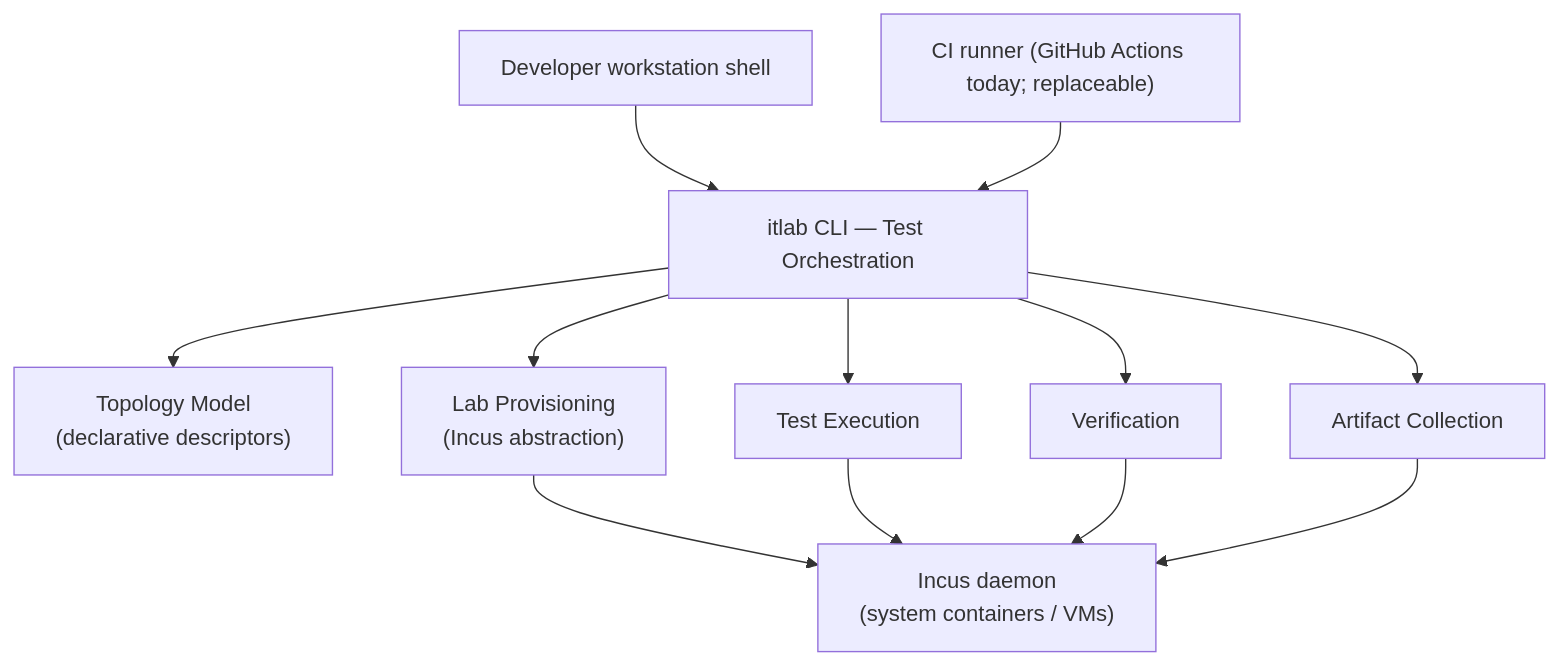
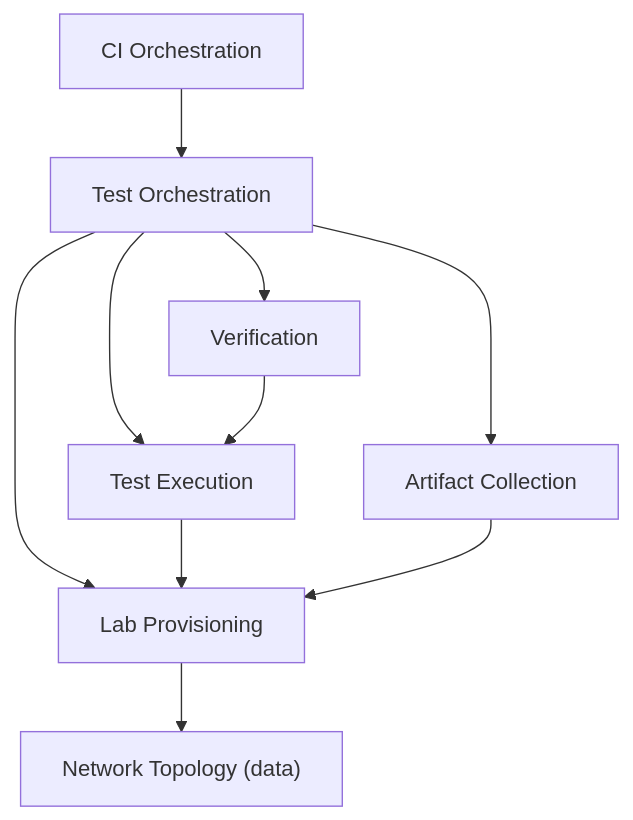
Before and after one commit to rdratlos/racoon-ipsec-tools: the first of 2 diagrams in docs/rfcs/0001-incus-integration-testing-framework.md, drawn with Mermaid. The commit also changed other lines of this file, not shown here.

````diff
--- a/docs/rfcs/0001-incus-integration-testing-framework.md
+++ b/docs/rfcs/0001-incus-integration-testing-framework.md
@@ -173,24 +148,12 @@
 ```mermaid
 graph TD
-    DEV["Developer workstation shell"]
-    CI["CI runner (GitHub Actions today; replaceable)"]
-    CLI["itlab CLI — Test Orchestration"]
-    TOPO["Topology Model\n(declarative descriptors)"]
-    LAB["Lab Provisioning\n(Incus abstraction)"]
-    EXEC["Test Execution"]
-    VERIFY["Verification"]
-    ARTIFACTS["Artifact Collection"]
-    INCUS["Incus daemon\n(system containers / VMs)"]
-
-    DEV --> CLI
-    CI --> CLI
-    CLI --> TOPO
-    CLI --> LAB
-    CLI --> EXEC
-    CLI --> VERIFY
-    CLI --> ARTIFACTS
-    LAB --> INCUS
-    EXEC --> INCUS
-    VERIFY --> INCUS
-    ARTIFACTS --> INCUS
+    CI["CI Orchestration"] --> ORCH["Test Orchestration"]
+    ORCH --> PROV["Lab Provisioning"]
+    ORCH --> EXEC["Test Execution"]
+    ORCH --> VERIFY["Verification"]
+    ORCH --> ARTIFACT["Artifact Collection"]
+    PROV --> TOPO["Network Topology (data)"]
+    EXEC --> PROV
+    VERIFY --> EXEC
+    ARTIFACT --> PROV
 ```
````
